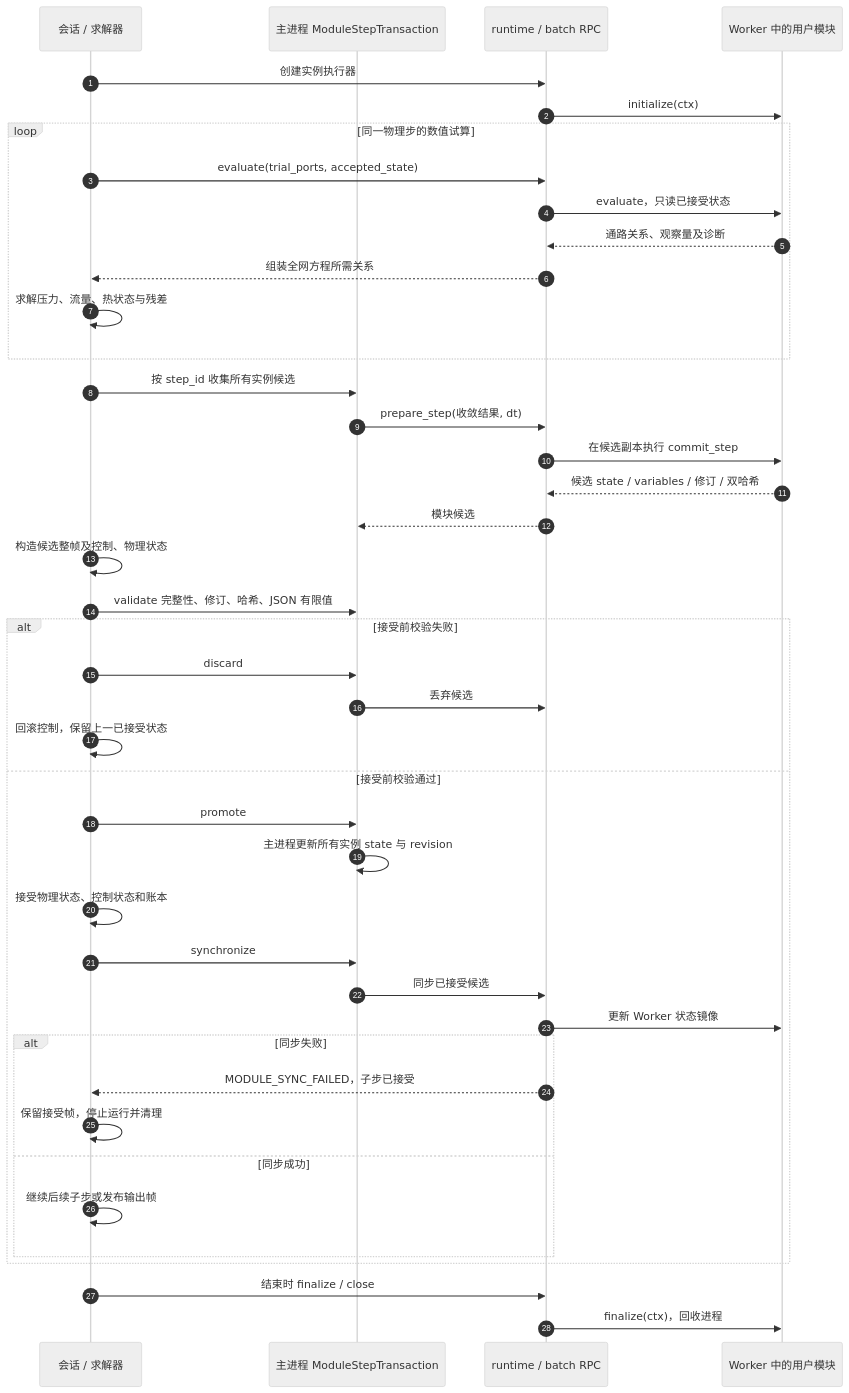
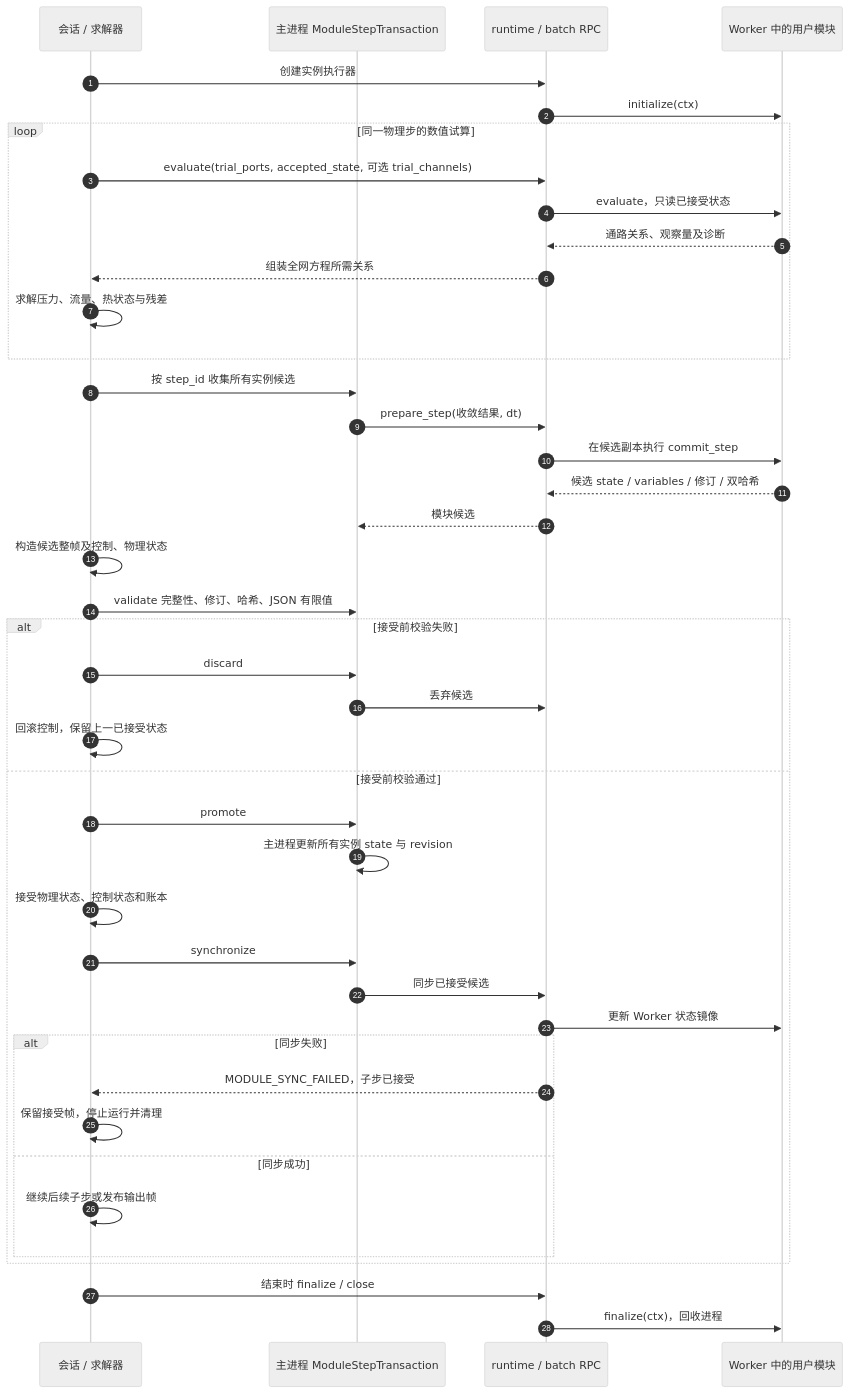
One commit to kongbaifan/fluidnet changed the sixth of 10 diagrams in fluidnet-prototype-engine/docs/ARCHITECTURE_AND_SEQUENCE.md. Above: the diagram before and after it, drawn with Mermaid (neutral theme). The commit also changed other lines of this file and 30 other files, not shown here.

Commit message:
文档：更新架构图并登记架构整理实施计划

````diff
--- a/fluidnet-prototype-engine/docs/ARCHITECTURE_AND_SEQUENCE.md
+++ b/fluidnet-prototype-engine/docs/ARCHITECTURE_AND_SEQUENCE.md
@@ -171,44 +271,44 @@
 ```mermaid
 sequenceDiagram
   autonumber
   participant S as 会话 / 求解器
   participant T as 主进程 ModuleStepTransaction
   participant R as runtime / batch RPC
   participant W as Worker 中的用户模块
   S->>R: 创建实例执行器
   R->>W: initialize(ctx)
   loop 同一物理步的数值试算
-    S->>R: evaluate(trial_ports, accepted_state)
+    S->>R: evaluate(trial_ports, accepted_state, 可选 trial_channels)
     R->>W: evaluate，只读已接受状态
     W-->>R: 通路关系、观察量及诊断
     R-->>S: 组装全网方程所需关系
     S->>S: 求解压力、流量、热状态与残差
   end
   S->>T: 按 step_id 收集所有实例候选
   T->>R: prepare_step(收敛结果, dt)
   R->>W: 在候选副本执行 commit_step
   W-->>R: 候选 state / variables / 修订 / 双哈希
   R-->>T: 模块候选
   S->>S: 构造候选整帧及控制、物理状态
   S->>T: validate 完整性、修订、哈希、JSON 有限值
   alt 接受前校验失败
     S->>T: discard
     T->>R: 丢弃候选
     S->>S: 回滚控制，保留上一已接受状态
   else 接受前校验通过
     S->>T: promote
     T->>T: 主进程更新所有实例 state 与 revision
     S->>S: 接受物理状态、控制状态和账本
     S->>T: synchronize
     T->>R: 同步已接受候选
     R->>W: 更新 Worker 状态镜像
     alt 同步失败
       R-->>S: MODULE_SYNC_FAILED，子步已接受
       S->>S: 保留接受帧，停止运行并清理
     else 同步成功
       S->>S: 继续后续子步或发布输出帧
     end
   end
   S->>R: 结束时 finalize / close
   R->>W: finalize(ctx)，回收进程
 ```
````
